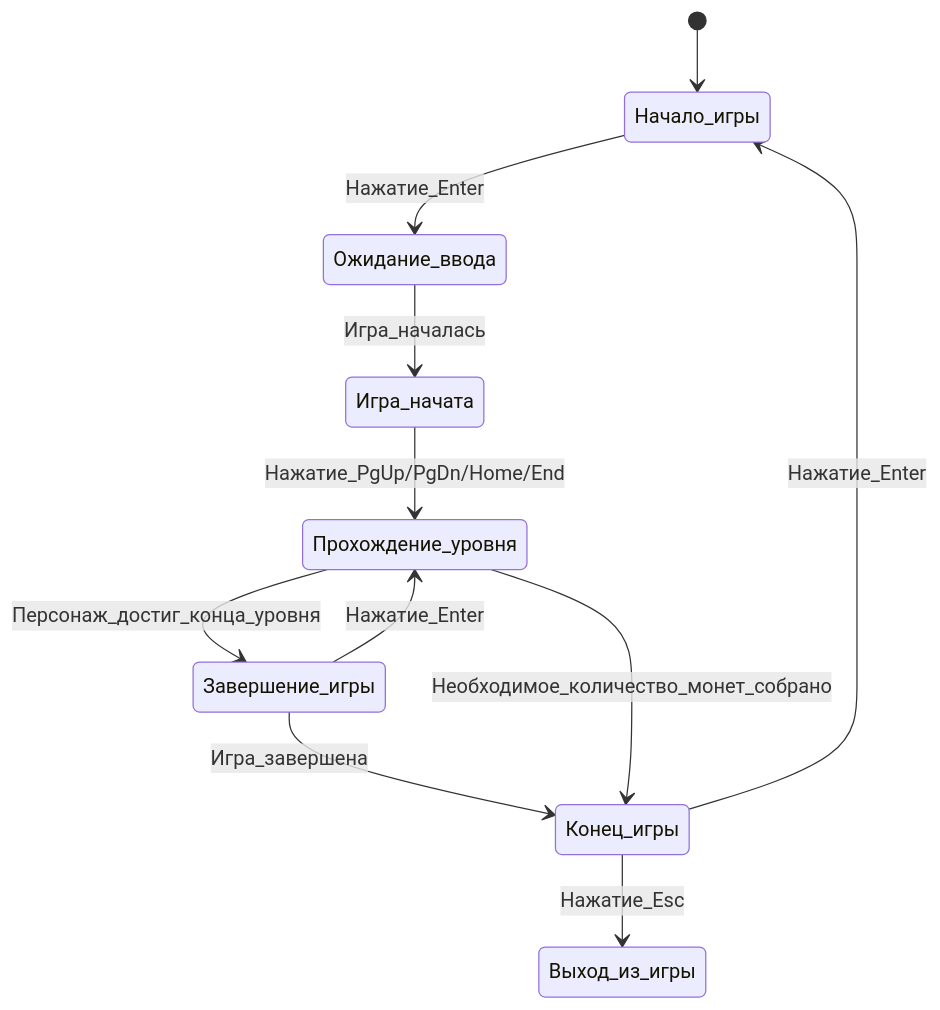
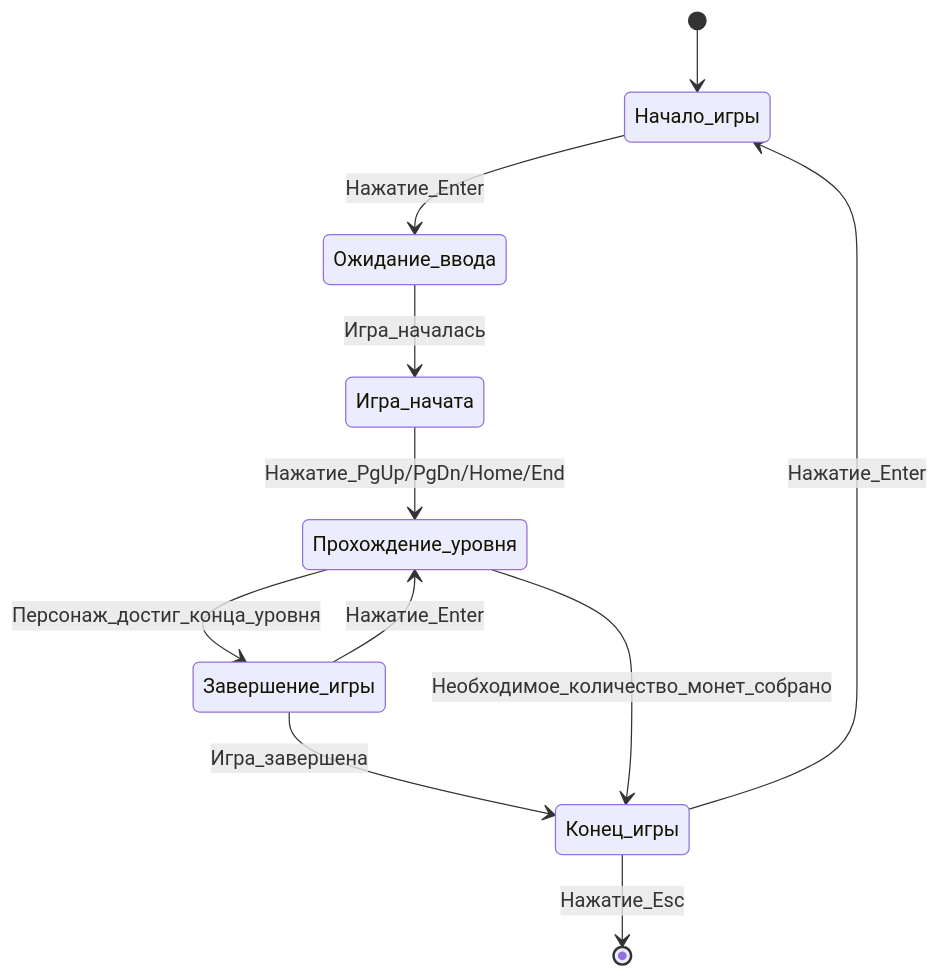
The first of 4 diagrams in docs/behavior.md (ArinaTolpa/Lab1.2), drawn with Mermaid before and after one commit. The commit also changed other lines of this file, not shown here.

````diff
--- a/docs/behavior.md
+++ b/docs/behavior.md
@@ -3,13 +4,13 @@
 ```mermaid
 stateDiagram
     [*] --> Начало_игры
     Начало_игры --> Ожидание_ввода: Нажатие_Enter
     Ожидание_ввода --> Игра_начата: Игра_началась
     Игра_начата --> Прохождение_уровня: Нажатие_PgUp/PgDn/Home/End
     Прохождение_уровня --> Завершение_игры: Персонаж_достиг_конца_уровня
     Завершение_игры --> Конец_игры: Игра_завершена
     Завершение_игры --> Прохождение_уровня: Нажатие_Enter
     Прохождение_уровня --> Конец_игры: Необходимое_количество_монет_собрано
     Конец_игры --> Начало_игры: Нажатие_Enter
-    Конец_игры --> Выход_из_игры: Нажатие_Esc
+    Конец_игры --> [*]: Нажатие_Esc
 ```
````
